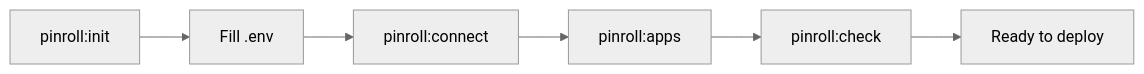
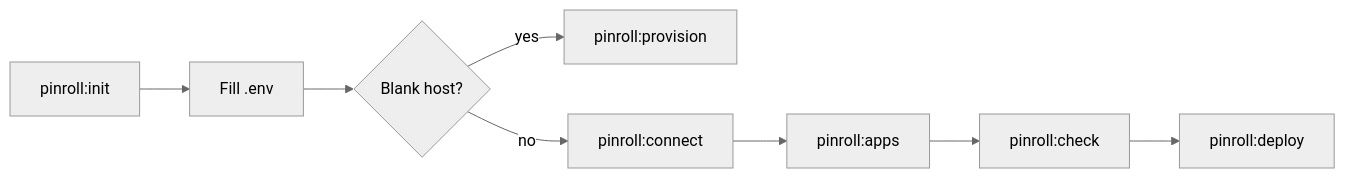
Before and after one commit to pinoox/docs: the first of 2 diagrams in en/deploy/pinroll.md, drawn with Mermaid (neutral theme). The commit also changed other lines of this file and 5 other files, not shown here.

Commit message:
docs: document PinGate provision, env config, and full deploy

````diff
--- a/en/deploy/pinroll.md
+++ b/en/deploy/pinroll.md
@@ -41,8 +41,10 @@
 ```mermaid
 flowchart LR
     A[pinroll:init] --> B[Fill .env]
-    B --> C[pinroll:connect]
-    C --> D[pinroll:apps]
-    D --> E[pinroll:check]
-    E --> F[Ready to deploy]
+    B --> C{Blank host?}
+    C -->|yes| D[pinroll:provision]
+    C -->|no| E[pinroll:connect]
+    E --> F[pinroll:apps]
+    F --> G[pinroll:check]
+    G --> H[pinroll:deploy]
 ```
````
